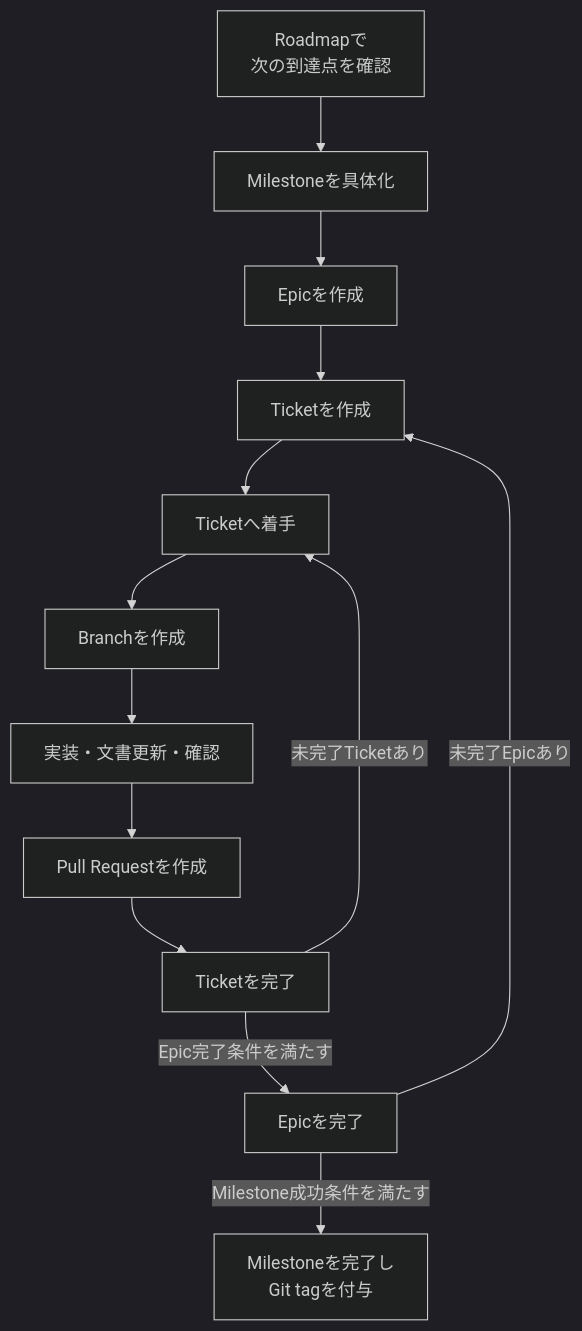
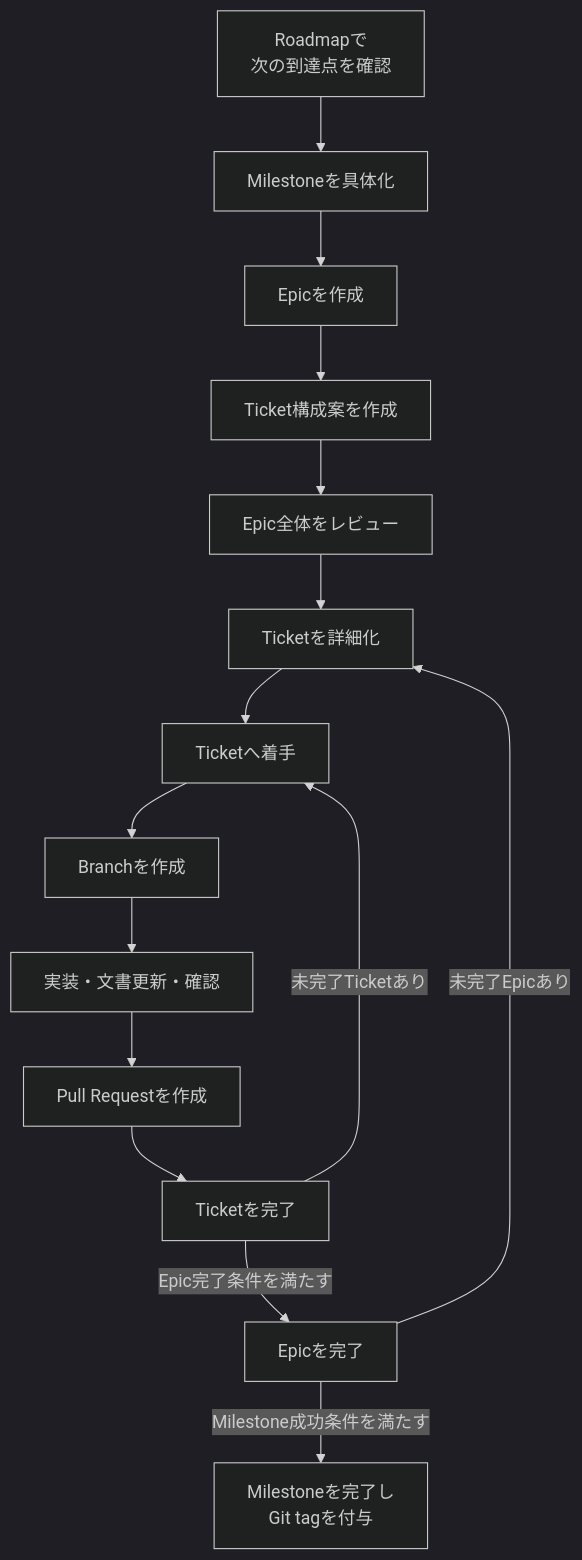
The diagram in docs/RAGScope開発運用ガイド.md (takashit16833/RAGScope), drawn with Mermaid (dark theme) before and after one commit. The commit also changed other lines of this file and 2 other files, not shown here.

````diff
--- a/docs/RAGScope開発運用ガイド.md
+++ b/docs/RAGScope開発運用ガイド.md
@@ -42,20 +42,22 @@
 ```mermaid
 flowchart TD
     Roadmap["Roadmapで<br>次の到達点を確認"]
     Milestone["Milestoneを具体化"]
     Epic["Epicを作成"]
-    Ticket["Ticketを作成"]
+    Plan["Ticket構成案を作成"]
+    Review["Epic全体をレビュー"]
+    Ticket["Ticketを詳細化"]
     Start["Ticketへ着手"]
     Branch["Branchを作成"]
     Work["実装・文書更新・確認"]
     PR["Pull Requestを作成"]
     Done["Ticketを完了"]
     EpicDone["Epicを完了"]
     Release["Milestoneを完了し<br>Git tagを付与"]
 
-    Roadmap --> Milestone --> Epic --> Ticket --> Start --> Branch --> Work --> PR --> Done
+    Roadmap --> Milestone --> Epic --> Plan --> Review --> Ticket --> Start --> Branch --> Work --> PR --> Done
     Done -->|未完了Ticketあり| Start
     Done -->|Epic完了条件を満たす| EpicDone
     EpicDone -->|未完了Epicあり| Ticket
     EpicDone -->|Milestone成功条件を満たす| Release
 ```
````
